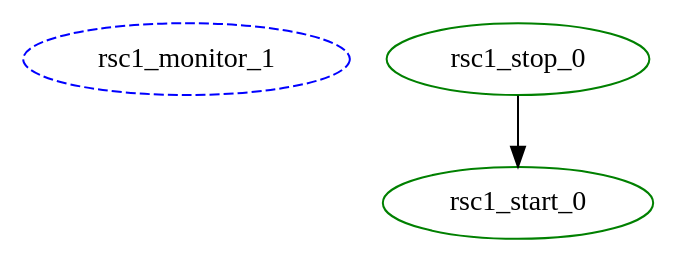
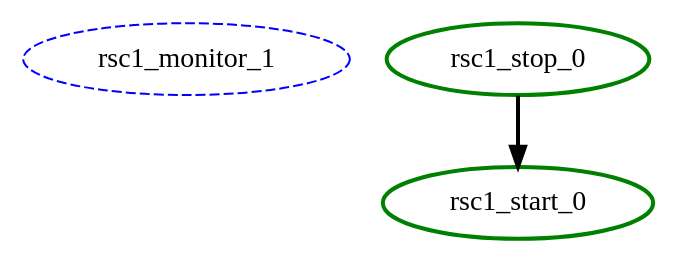
One commit to richiewen8/heartbeat changed the diagram in crm/pengine/testcases/rec-rsc-2.dot. Above: the diagram before and after it, drawn with Graphviz. The commit also changed 101 other files, not shown here.

```diff
--- a/crm/pengine/testcases/rec-rsc-2.dot
+++ b/crm/pengine/testcases/rec-rsc-2.dot
@@ -1,7 +1,7 @@
 digraph "g" {
 	size = "30,30"
 "rsc1_monitor_1" [ style="dashed" color="blue" fontcolor="black" ]
-"rsc1_stop_0" [ tooltip="node1" color="green" fontcolor="black" ]
-"rsc1_start_0" [ tooltip="node1" color="green" fontcolor="black" ]
-"rsc1_stop_0" -> "rsc1_start_0"
+"rsc1_stop_0" [ tooltip="node1" style=bold color="green" fontcolor="black" ]
+"rsc1_start_0" [ tooltip="node1" style=bold color="green" fontcolor="black" ]
+"rsc1_stop_0" -> "rsc1_start_0" [ style = bold]
 }
```
